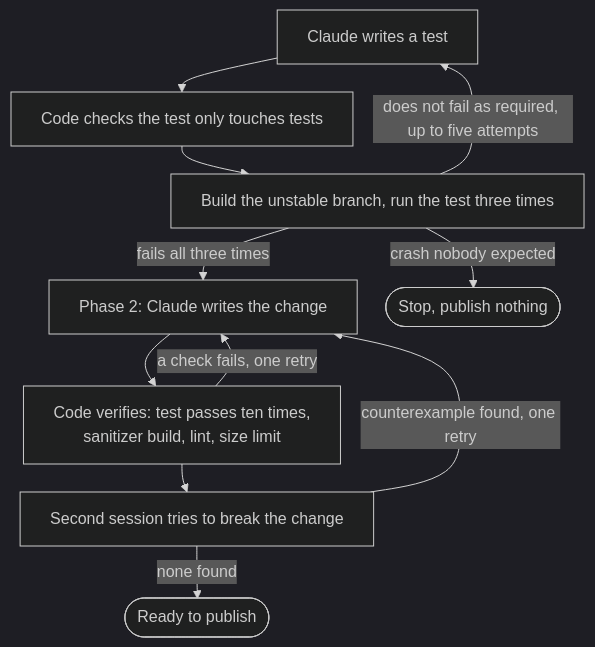
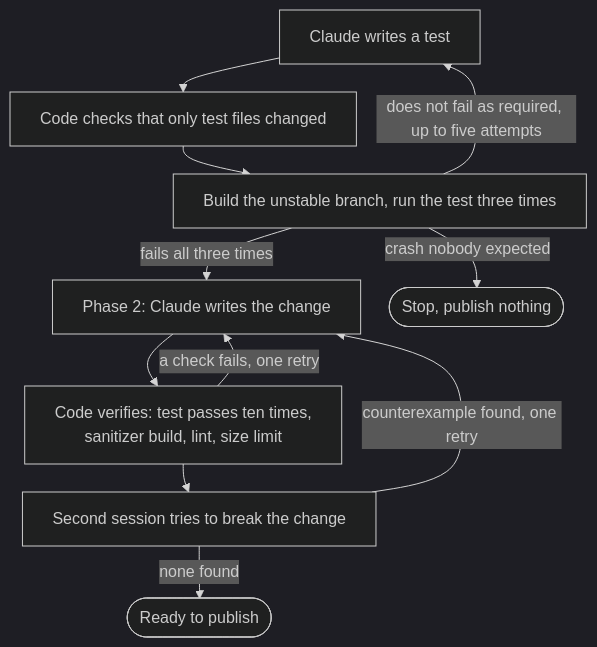
One commit to sarthakaggarwal97/valkey-ci-agent changed the second of 4 diagrams in docs/design/software-factory.md. Above: the diagram before and after it, drawn with Mermaid (dark theme). The commit also changed other lines of this file, not shown here.

````diff
--- a/docs/design/software-factory.md
+++ b/docs/design/software-factory.md
@@ -121,14 +115,14 @@
 ```mermaid
 %%{init: {"flowchart": {"nodeSpacing": 20, "rankSpacing": 28, "wrappingWidth": 360}}}%%
 flowchart TD
-    A["Claude writes a test"] --> B["Code checks the test only touches tests"]
+    A["Claude writes a test"] --> B["Code checks that only test files changed"]
     B --> C["Build the unstable branch, run the test three times"]
     C -->|"does not fail as required, up to five attempts"| A
     C -->|"fails all three times"| P2["Phase 2: Claude writes the change"]
     C -->|"crash nobody expected"| S(["Stop, publish nothing"])
     P2 --> V["Code verifies: test passes ten times,<br/>sanitizer build, lint, size limit"]
     V --> R["Second session tries to break the change"]
     V -->|"a check fails, one retry"| P2
     R -->|"counterexample found, one retry"| P2
     R -->|"none found"| OK(["Ready to publish"])
 ```
````
